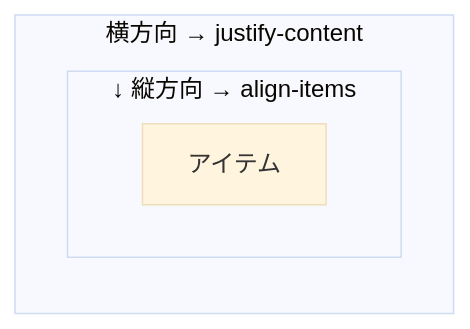
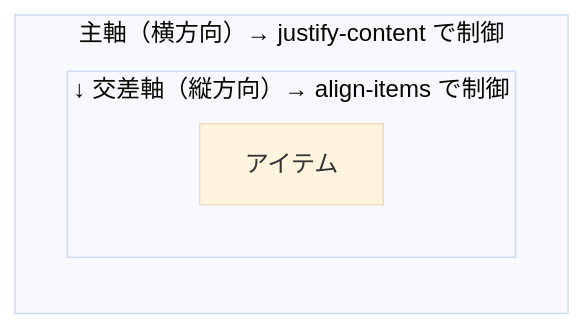
The second of 2 diagrams in docs/drafts/004/index.md (ozaki25/web-front-training-ozaki25), drawn with Mermaid (base theme) before and after one commit. The commit also changed other lines of this file and 1 other file, not shown here.

````diff
--- a/docs/drafts/004/index.md
+++ b/docs/drafts/004/index.md
@@ -95,9 +225,9 @@
 ```mermaid
 flowchart LR
-  subgraph 横["横方向 → justify-content"]
+  subgraph 主軸["主軸（横方向）→ justify-content で制御"]
     direction TB
-    subgraph 縦["↓ 縦方向 → align-items"]
+    subgraph 交差軸["↓ 交差軸（縦方向）→ align-items で制御"]
       A["アイテム"]
     end
   end
 ```
````
